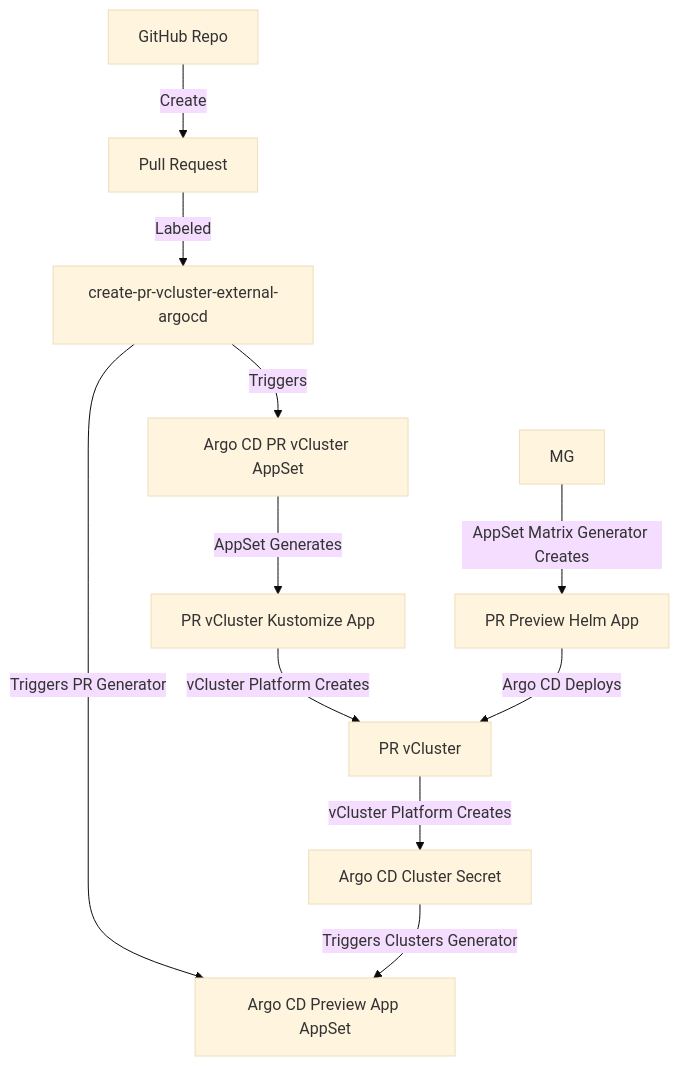
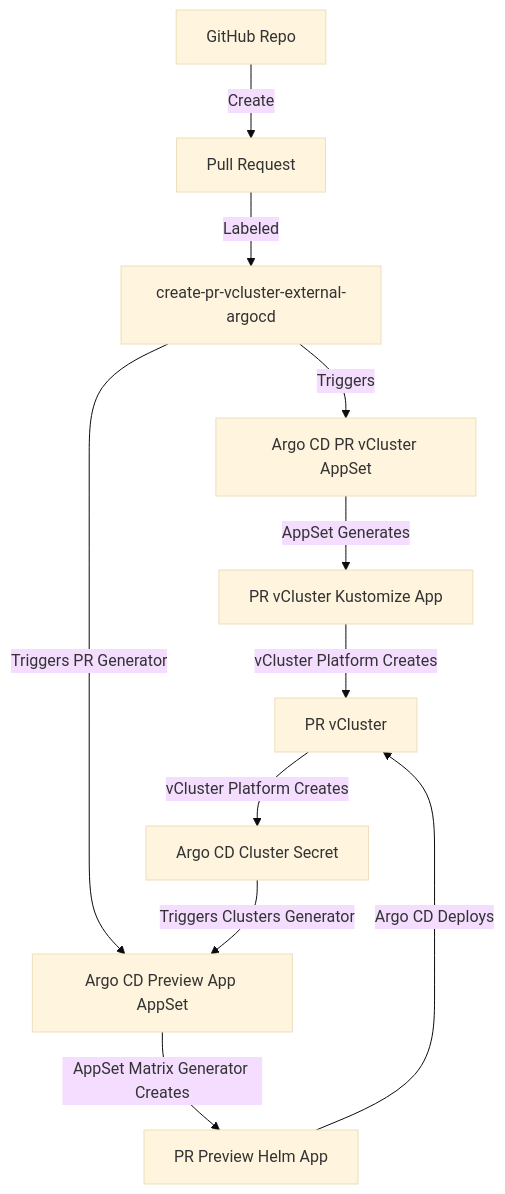
Before and after one commit to loft-demos/vcluster-platform-demo-app-template: the diagram in vcluster-gitops/argocd/pr-environments/pr-vCluster-external-argo-flow.md, drawn with Mermaid (base theme).

````diff
--- a/vcluster-gitops/argocd/pr-environments/pr-vCluster-external-argo-flow.md
+++ b/vcluster-gitops/argocd/pr-environments/pr-vCluster-external-argo-flow.md
@@ -3,16 +3,16 @@
 ```mermaid
 ---
 config:
   look: classic
 ---
 flowchart TD
     A["GitHub Repo"] -->| Create | B["Pull Request"] -->| Labeled | LPR[create-pr-vcluster-external-argocd] 
     LPR -->| Triggers | C["Argo CD PR vCluster AppSet"]
     C -->| AppSet Generates | VA["PR vCluster Kustomize App"]
     VA --> | vCluster Platform Creates |V["PR vCluster"]
     V --> | vCluster Platform Creates |CS["Argo CD Cluster Secret"]
     LPR --> | Triggers PR Generator |AS["Argo CD Preview App AppSet"]
     CS --> | Triggers Clusters Generator |AS["Argo CD Preview App AppSet"]
-    MG -->| AppSet Matrix Generator Creates | APP["PR Preview Helm App"]
+    AS -->| AppSet Matrix Generator Creates | APP["PR Preview Helm App"]
     APP --> | Argo CD Deploys | V
 ```
````
